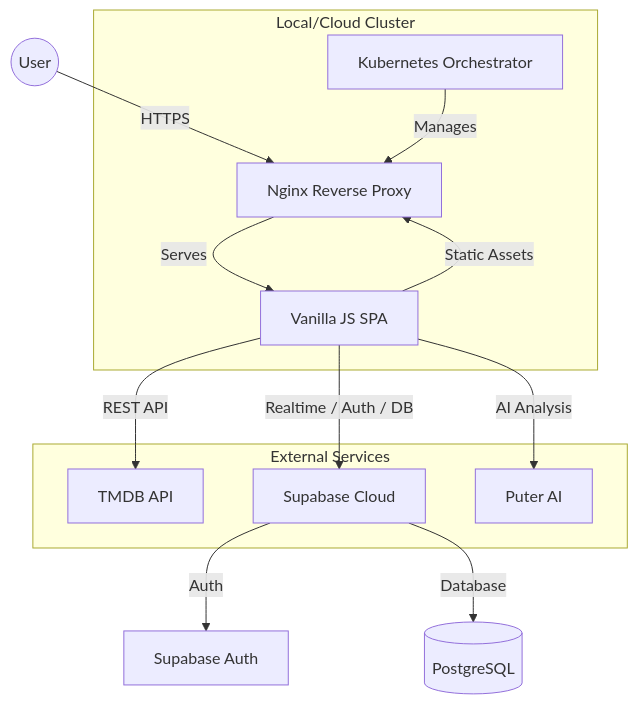
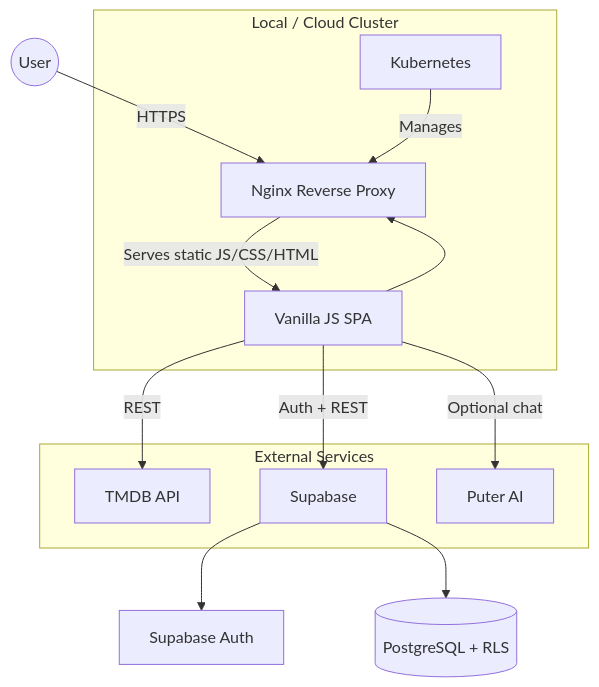
The first of 3 diagrams in system_design.md (laurenjXD/sinelog), drawn with Mermaid before and after one commit. The commit also changed other lines of this file and 6 other files, not shown here.

````diff
--- a/system_design.md
+++ b/system_design.md
@@ -11,19 +13,19 @@
 ```mermaid
 graph TD
     User((User)) -->|HTTPS| Nginx[Nginx Reverse Proxy]
-    Nginx -->|Serves| SPA[Vanilla JS SPA]
-    
-    subgraph "Local/Cloud Cluster"
-        SPA -->|Static Assets| Nginx
-        K8s[Kubernetes Orchestrator] -->|Manages| Nginx
+    Nginx -->|Serves static JS/CSS/HTML| SPA[Vanilla JS SPA]
+
+    subgraph Cluster["Local / Cloud Cluster"]
+        SPA --> Nginx
+        K8s[Kubernetes] -->|Manages| Nginx
     end
 
-    subgraph "External Services"
-        SPA -->|REST API| TMDB[TMDB API]
-        SPA -->|Realtime / Auth / DB| Supabase[Supabase Cloud]
-        SPA -->|AI Analysis| Puter[Puter AI]
+    subgraph External["External Services"]
+        SPA -->|REST| TMDB[TMDB API]
+        SPA -->|Auth + REST| Supabase[Supabase]
+        SPA -->|Optional chat| Puter[Puter AI]
     end
-    
-    Supabase -->|Auth| Auth[Supabase Auth]
-    Supabase -->|Database| Postgres[(PostgreSQL)]
+
+    Supabase --> Auth[Supabase Auth]
+    Supabase --> Postgres[(PostgreSQL + RLS)]
 ```
````
